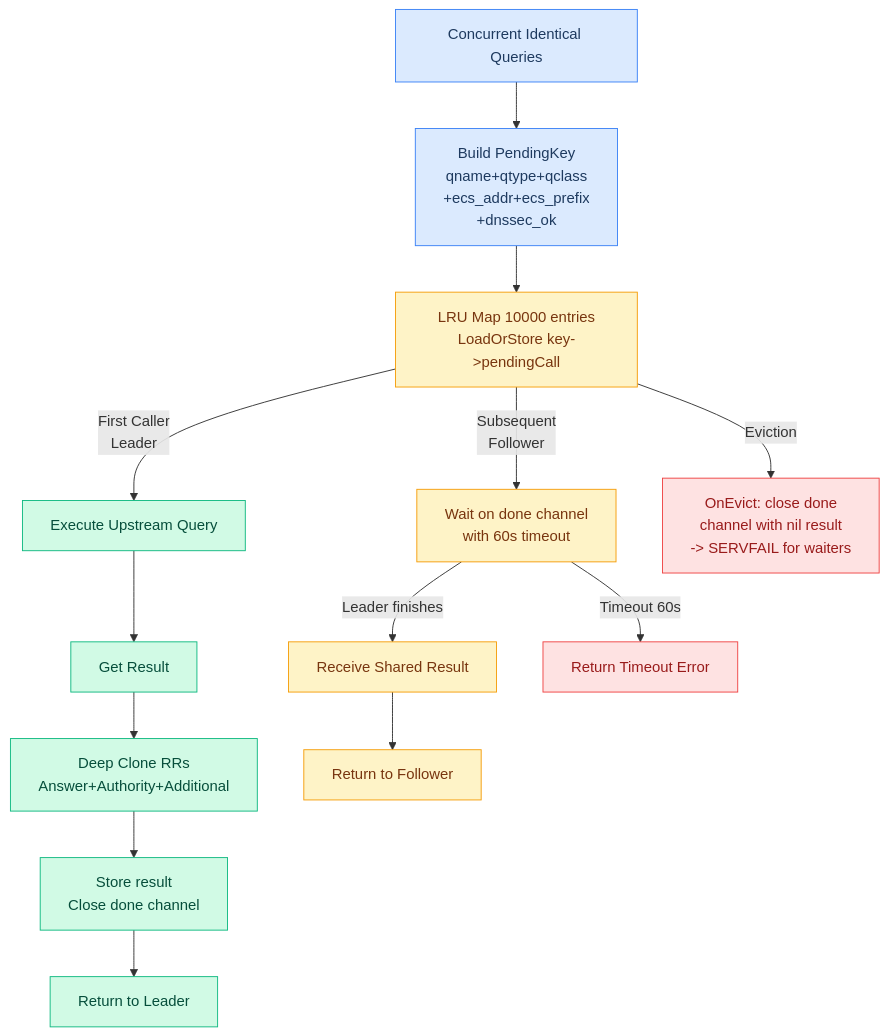
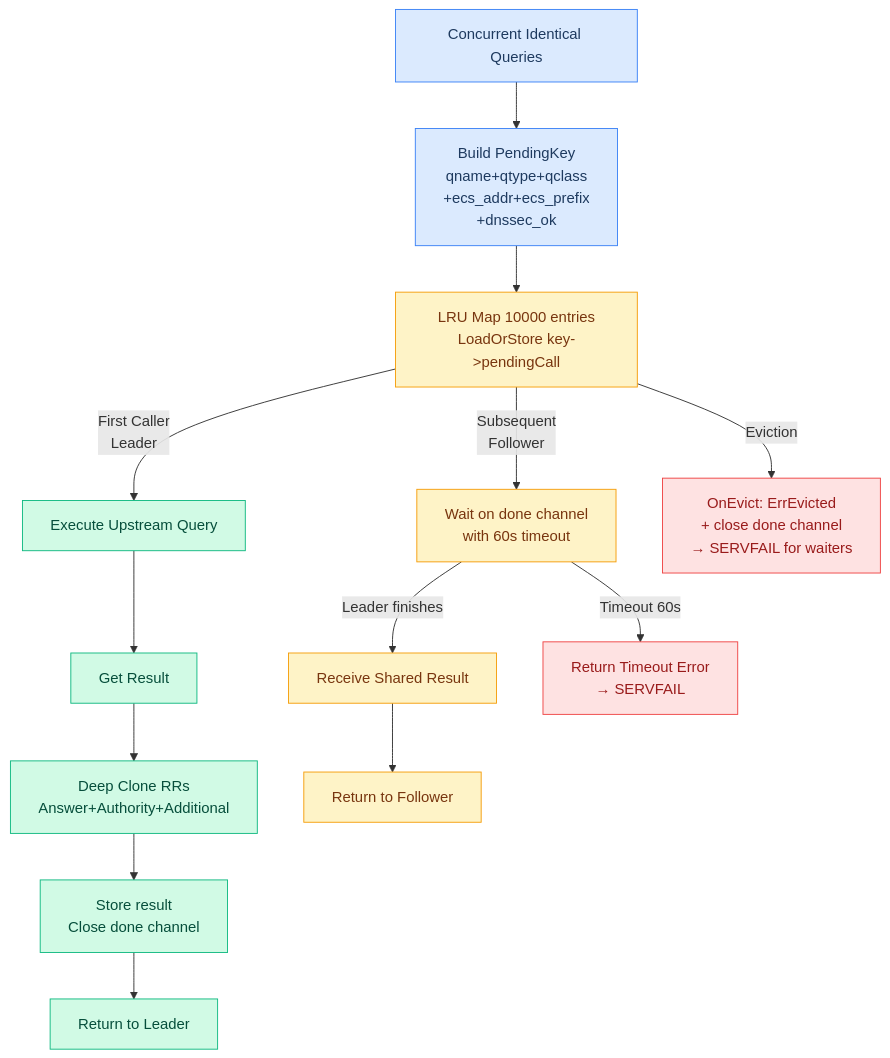
Diagram 20 of 30 in docs/FLOWCHARTS.md (hezhijie0327/ZJDNS), drawn with Mermaid before and after one commit. The commit also changed other lines of this file and 8 other files, not shown here.

````diff
--- a/docs/FLOWCHARTS.md
+++ b/docs/FLOWCHARTS.md
@@ -445,23 +586,23 @@
 ```mermaid
 graph TD
     Q[Concurrent Identical Queries] --> JOIN[Build PendingKey<br/>qname+qtype+qclass<br/>+ecs_addr+ecs_prefix<br/>+dnssec_ok]
     JOIN --> LRU[LRU Map 10000 entries<br/>LoadOrStore key->pendingCall]
     LRU -->|First Caller<br/>Leader| EXEC[Execute Upstream Query]
     LRU -->|Subsequent<br/>Follower| WAIT[Wait on done channel<br/>with 60s timeout]
     EXEC --> RESULT[Get Result]
     RESULT --> CLONE[Deep Clone RRs<br/>Answer+Authority+Additional]
     CLONE --> DONE[Store result<br/>Close done channel]
     DONE --> RETL[Return to Leader]
     WAIT -->|Leader finishes| SHARED[Receive Shared Result]
-    WAIT -->|Timeout 60s| TIMEOUT[Return Timeout Error]
+    WAIT -->|Timeout 60s| TIMEOUT[Return Timeout Error<br/>→ SERVFAIL]
     SHARED --> RETF[Return to Follower]
-    LRU -->|Eviction| EVICT[OnEvict: close done<br/>channel with nil result<br/>-> SERVFAIL for waiters]
+    LRU -->|Eviction| EVICT[OnEvict: ErrEvicted<br/>+ close done channel<br/>→ SERVFAIL for waiters]
     classDef start fill:#dbeafe,stroke:#3b82f6,color:#1e3a5f
     classDef leader fill:#d1fae5,stroke:#10b981,color:#064e3b
     classDef follower fill:#fef3c7,stroke:#f59e0b,color:#78350f
     classDef err fill:#fee2e2,stroke:#ef4444,color:#991b1b
     class Q,JOIN start
     class EXEC,RESULT,CLONE,DONE,RETL leader
     class LRU,WAIT,SHARED,RETF follower
     class TIMEOUT,EVICT err
 ```
````
